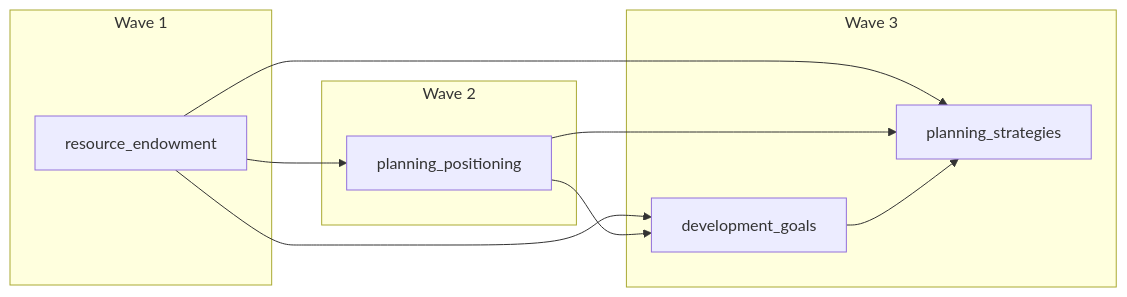
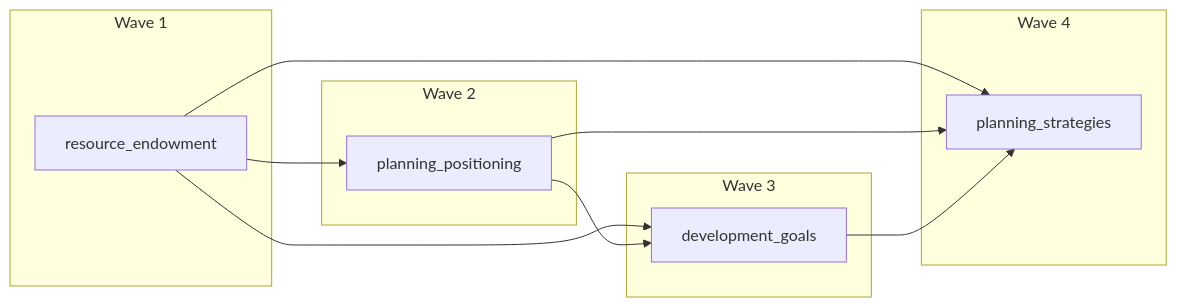
One commit to hanyi690/Village_Planning_Agent changed the second of 2 diagrams in docs/architecture/layer-dimension-dataflow.md. Above: the diagram before and after it, drawn with Mermaid. The commit also changed other lines of this file and 27 other files, not shown here.

````diff
--- a/docs/architecture/layer-dimension-dataflow.md
+++ b/docs/architecture/layer-dimension-dataflow.md
@@ -604,22 +613,25 @@
 ```mermaid
 graph LR
     subgraph Wave1["Wave 1"]
         W1_1[resource_endowment]
     end
 
     subgraph Wave2["Wave 2"]
         W2_1[planning_positioning]
     end
 
     subgraph Wave3["Wave 3"]
         W3_1[development_goals]
-        W3_2[planning_strategies]
+    end
+
+    subgraph Wave4["Wave 4"]
+        W4_1[planning_strategies]
     end
 
     W1_1 --> W2_1
     W1_1 --> W3_1
     W2_1 --> W3_1
-    W1_1 --> W3_2
-    W2_1 --> W3_2
-    W3_1 --> W3_2
+    W1_1 --> W4_1
+    W2_1 --> W4_1
+    W3_1 --> W4_1
 ```
````
